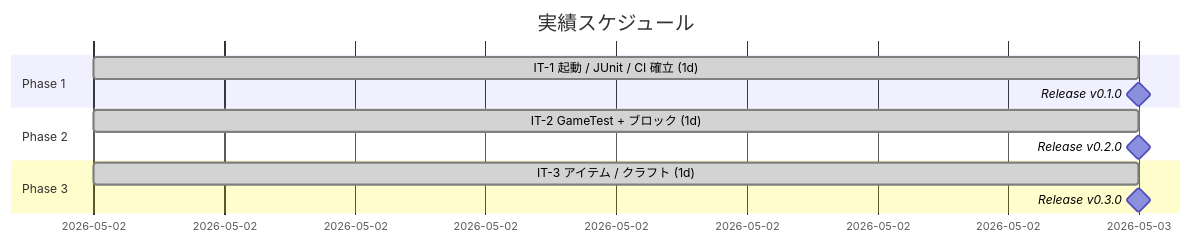
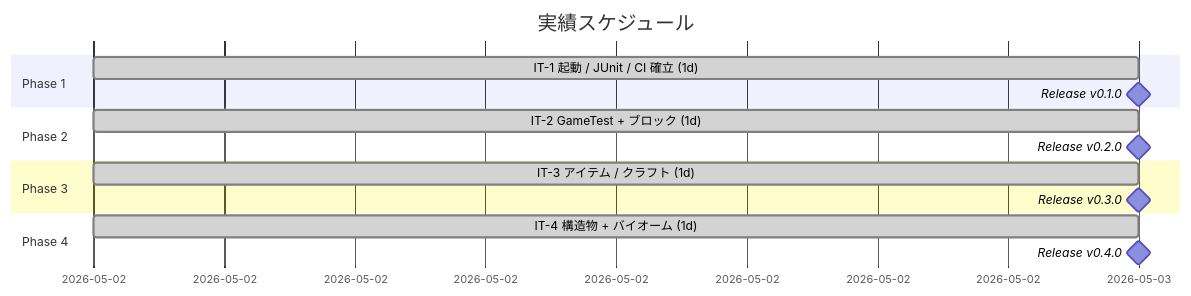
Before and after one commit to k2works/ai-programing-exercise: the second of 3 diagrams in docs/development/release_plan.md, drawn with Mermaid. The commit also changed other lines of this file and 3 other files, not shown here.

````diff
--- a/docs/development/release_plan.md
+++ b/docs/development/release_plan.md
@@ -164,14 +165,17 @@
 ```mermaid
 gantt
     title 実績スケジュール
     dateFormat  YYYY-MM-DD
     section Phase 1
     IT-1 起動 / JUnit / CI 確立 (1d) :done, p1, 2026-05-02, 1d
     Release v0.1.0                  :milestone, m1, after p1, 0d
     section Phase 2
     IT-2 GameTest + ブロック (1d)    :done, p2, 2026-05-02, 1d
     Release v0.2.0                  :milestone, m2, after p2, 0d
     section Phase 3
     IT-3 アイテム / クラフト (1d)   :done, p3, 2026-05-02, 1d
     Release v0.3.0                  :milestone, m3, after p3, 0d
+    section Phase 4
+    IT-4 構造物 + バイオーム (1d)   :done, p4, 2026-05-02, 1d
+    Release v0.4.0                  :milestone, m4, after p4, 0d
 ```
````
